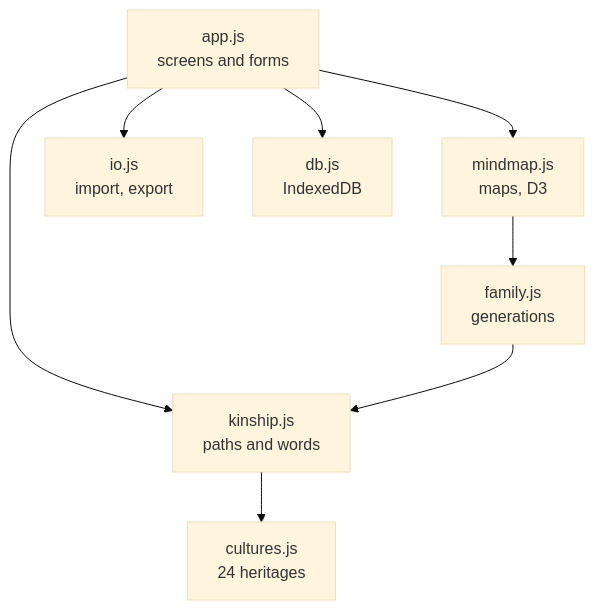
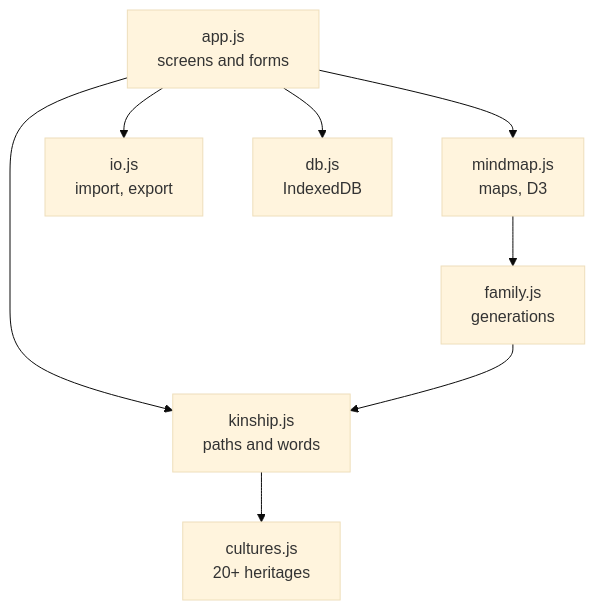
One commit to akaseahawk/paribar-family-tree changed the first of 5 diagrams in docs/how-it-works.md. Above: the diagram before and after it, drawn with Mermaid (base theme). The commit also changed other lines of this file and 5 other files, not shown here.

````diff
--- a/docs/how-it-works.md
+++ b/docs/how-it-works.md
@@ -7,10 +7,10 @@
 ```mermaid
 flowchart TD
   UI["app.js<br/>screens and forms"] --> K["kinship.js<br/>paths and words"]
-  K --> C["cultures.js<br/>24 heritages"]
+  K --> C["cultures.js<br/>20+ heritages"]
   UI --> M["mindmap.js<br/>maps, D3"]
   M --> F["family.js<br/>generations"]
   F --> K
   UI --> IO["io.js<br/>import, export"]
   UI --> DB["db.js<br/>IndexedDB"]
 ```
````
